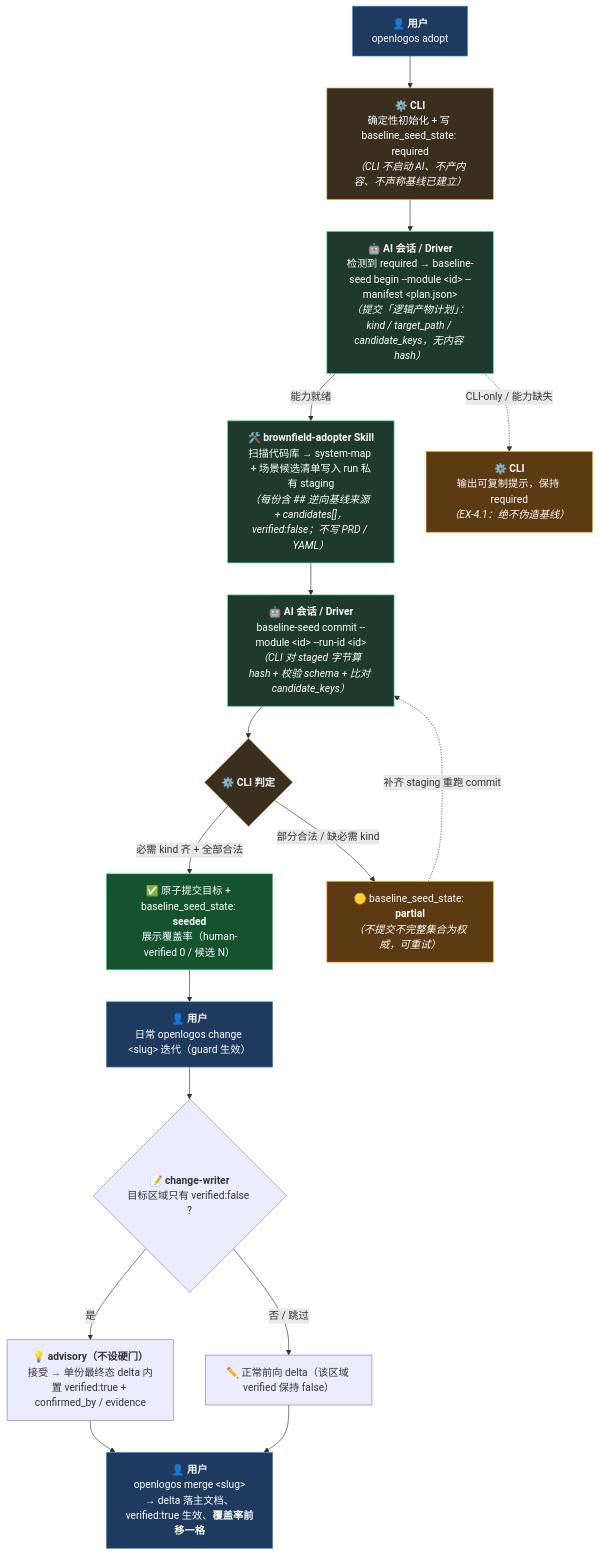
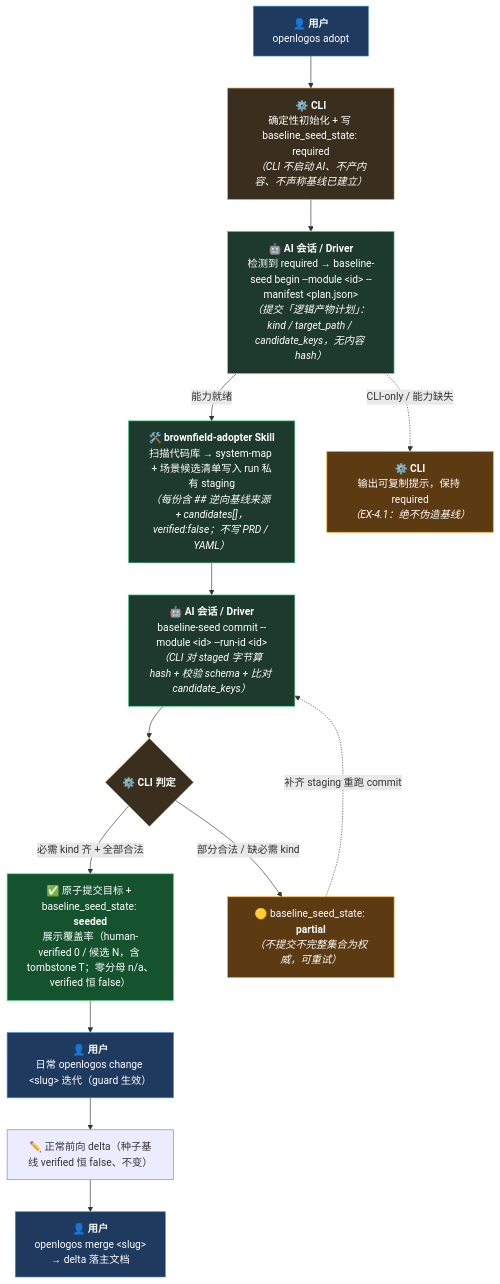
The diagram in docs/brownfield-adopter-guide.md (miniidealab/openlogos), drawn with Mermaid before and after one commit. The commit also changed other lines of this file and 33 other files, not shown here.

````diff
--- a/docs/brownfield-adopter-guide.md
+++ b/docs/brownfield-adopter-guide.md
@@ -50,36 +47,32 @@
 ```mermaid
 flowchart TD
     A["👤 <b>用户</b><br/>openlogos adopt"]
       --> B["⚙️ <b>CLI</b><br/>确定性初始化 + 写 baseline_seed_state: required<br/><i>（CLI 不启动 AI、不产内容、不声称基线已建立）</i>"]
       --> C["🤖 <b>AI 会话 / Driver</b><br/>检测到 required → baseline-seed begin --module &lt;id&gt; --manifest &lt;plan.json&gt;<br/><i>（提交「逻辑产物计划」：kind / target_path / candidate_keys，无内容 hash）</i>"]
 
     C -->|能力就绪| D["🛠️ <b>brownfield-adopter Skill</b><br/>扫描代码库 → system-map + 场景候选清单写入 run 私有 staging<br/><i>（每份含 ## 逆向基线来源 + candidates[]，verified:false；不写 PRD / YAML）</i>"]
     C -.->|CLI-only / 能力缺失| X["⚙️ <b>CLI</b><br/>输出可复制提示，保持 required<br/><i>（EX-4.1：绝不伪造基线）</i>"]
 
     D --> E["🤖 <b>AI 会话 / Driver</b><br/>baseline-seed commit --module &lt;id&gt; --run-id &lt;id&gt;<br/><i>（CLI 对 staged 字节算 hash + 校验 schema + 比对 candidate_keys）</i>"]
       --> F{"⚙️ <b>CLI 判定</b>"}
 
-    F -->|必需 kind 齐 + 全部合法| G["✅ 原子提交目标 + baseline_seed_state: <b>seeded</b><br/>展示覆盖率（human-verified 0 / 候选 N）"]
+    F -->|必需 kind 齐 + 全部合法| G["✅ 原子提交目标 + baseline_seed_state: <b>seeded</b><br/>展示覆盖率（human-verified 0 / 候选 N，含 tombstone T；零分母 n/a、verified 恒 false）"]
     F -->|部分合法 / 缺必需 kind| P["🟡 baseline_seed_state: <b>partial</b><br/><i>（不提交不完整集合为权威，可重试）</i>"]
     P -.->|补齐 staging 重跑 commit| E
 
     G --> H["👤 <b>用户</b><br/>日常 openlogos change &lt;slug&gt; 迭代（guard 生效）"]
-      --> I{"📝 <b>change-writer</b><br/>目标区域只有 verified:false ?"}
+      --> K["✏️ 正常前向 delta（种子基线 verified 恒 false、不变）"]
 
-    I -->|是| J["💡 <b>advisory（不设硬门）</b><br/>接受 → 单份最终态 delta 内置 verified:true + confirmed_by / evidence"]
-    I -->|否 / 跳过| K["✏️ 正常前向 delta（该区域 verified 保持 false）"]
-
-    J --> L["👤 <b>用户</b><br/>openlogos merge &lt;slug&gt;<br/>→ delta 落主文档、verified:true 生效、<b>覆盖率前移一格</b>"]
-    K --> L
+    K --> L["👤 <b>用户</b><br/>openlogos merge &lt;slug&gt;<br/>→ delta 落主文档"]
 
     classDef user fill:#1e3a5f,stroke:#4a90d9,color:#fff;
     classDef cli fill:#3a2f1e,stroke:#d9a34a,color:#fff;
     classDef ai fill:#1e3a2f,stroke:#4ad98f,color:#fff;
     classDef done fill:#14532d,stroke:#4ade80,color:#fff;
     classDef warn fill:#5c3a12,stroke:#f59e0b,color:#fff;
     class A,H,L user;
     class B,F cli;
     class C,E,D ai;
     class G done;
     class P,X warn;
 ```
````
